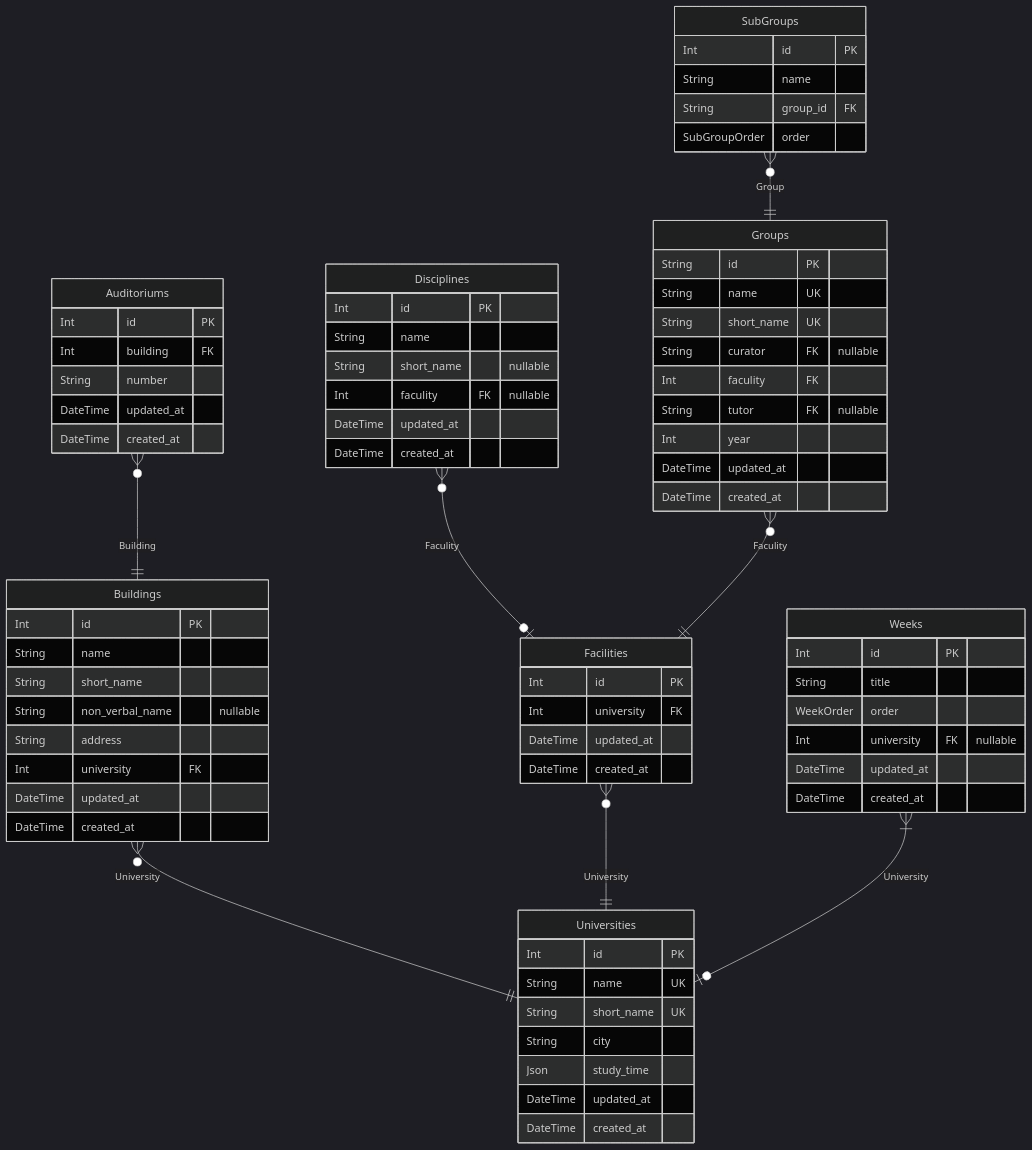
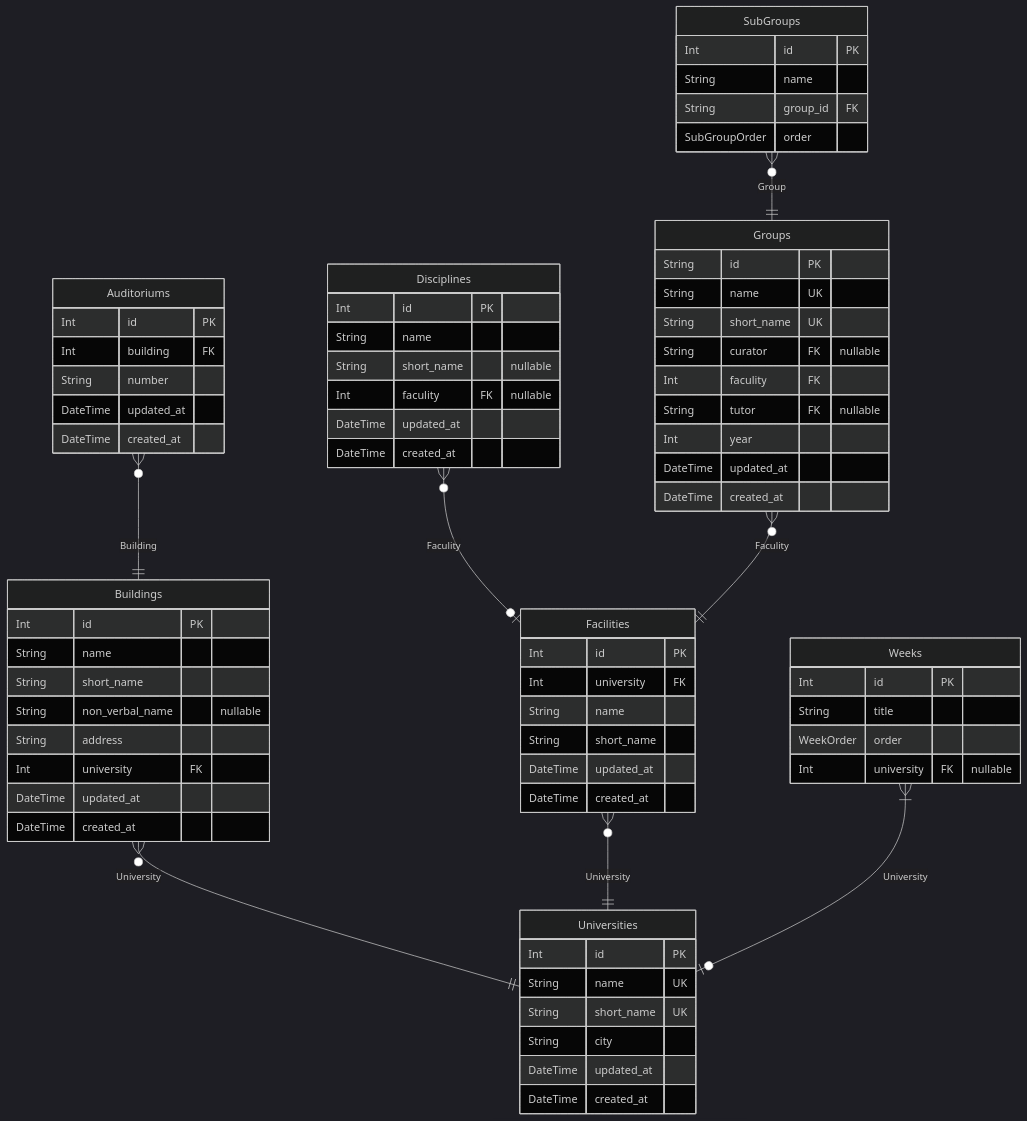
One commit to NeatDeveloper/Thodle changed the second of 4 diagrams in packages/db/prisma/ThodleDatabase.md. Above: the diagram before and after it, drawn with Mermaid (dark theme). The commit also changed other lines of this file and 20 other files, not shown here.

````diff
--- a/packages/db/prisma/ThodleDatabase.md
+++ b/packages/db/prisma/ThodleDatabase.md
@@ -161,75 +161,74 @@
 ```mermaid
 erDiagram
 "Auditoriums" {
   Int id PK
   Int building FK
   String number
   DateTime updated_at
   DateTime created_at
 }
 "Buildings" {
   Int id PK
   String name
   String short_name
   String non_verbal_name "nullable"
   String address
   Int university FK
   DateTime updated_at
   DateTime created_at
 }
 "Disciplines" {
   Int id PK
   String name
   String short_name "nullable"
   Int faculity FK "nullable"
   DateTime updated_at
   DateTime created_at
 }
 "Facilities" {
   Int id PK
   Int university FK
+  String name
+  String short_name
   DateTime updated_at
   DateTime created_at
 }
 "Groups" {
   String id PK
   String name UK
   String short_name UK
   String curator FK "nullable"
   Int faculity FK
   String tutor FK "nullable"
   Int year
   DateTime updated_at
   DateTime created_at
 }
 "SubGroups" {
   Int id PK
   String name
   String group_id FK
   SubGroupOrder order
 }
 "Universities" {
   Int id PK
   String name UK
   String short_name UK
   String city
-  Json study_time
   DateTime updated_at
   DateTime created_at
 }
 "Weeks" {
   Int id PK
   String title
   WeekOrder order
   Int university FK "nullable"
-  DateTime updated_at
-  DateTime created_at
 }
 "Auditoriums" }o--|| "Buildings" : Building
 "Buildings" }o--|| "Universities" : University
 "Disciplines" }o--o| "Facilities" : Faculity
 "Facilities" }o--|| "Universities" : University
 "Groups" }o--|| "Facilities" : Faculity
 "SubGroups" }o--|| "Groups" : Group
 "Weeks" }|--o| "Universities" : University
 ```
````
